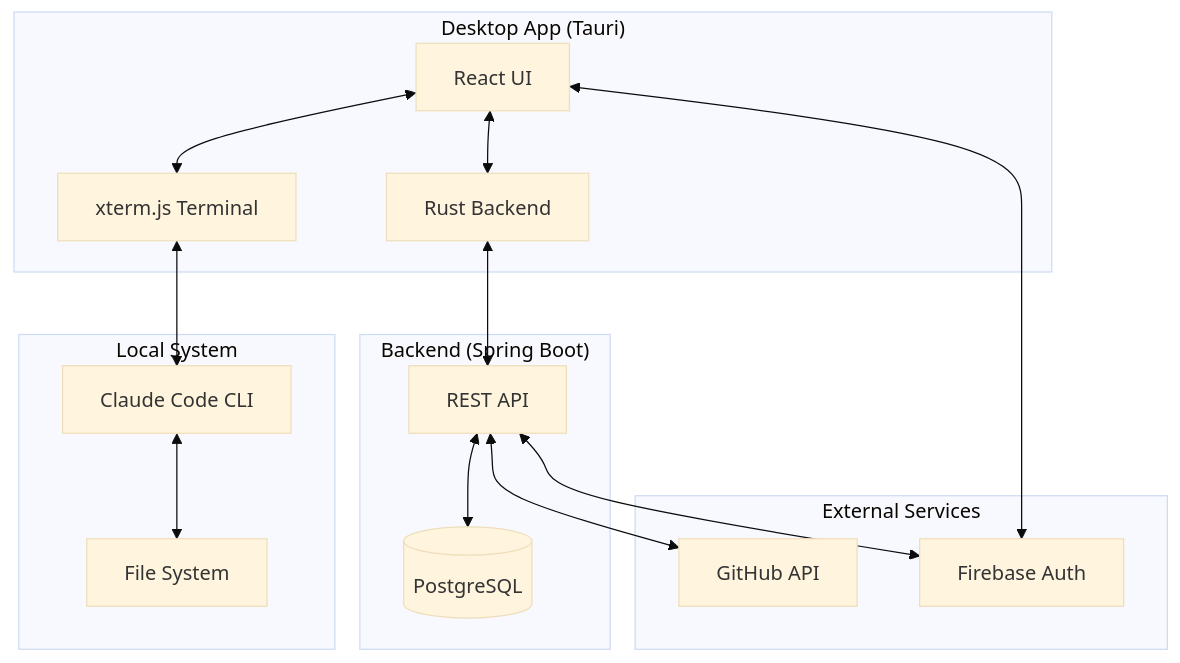
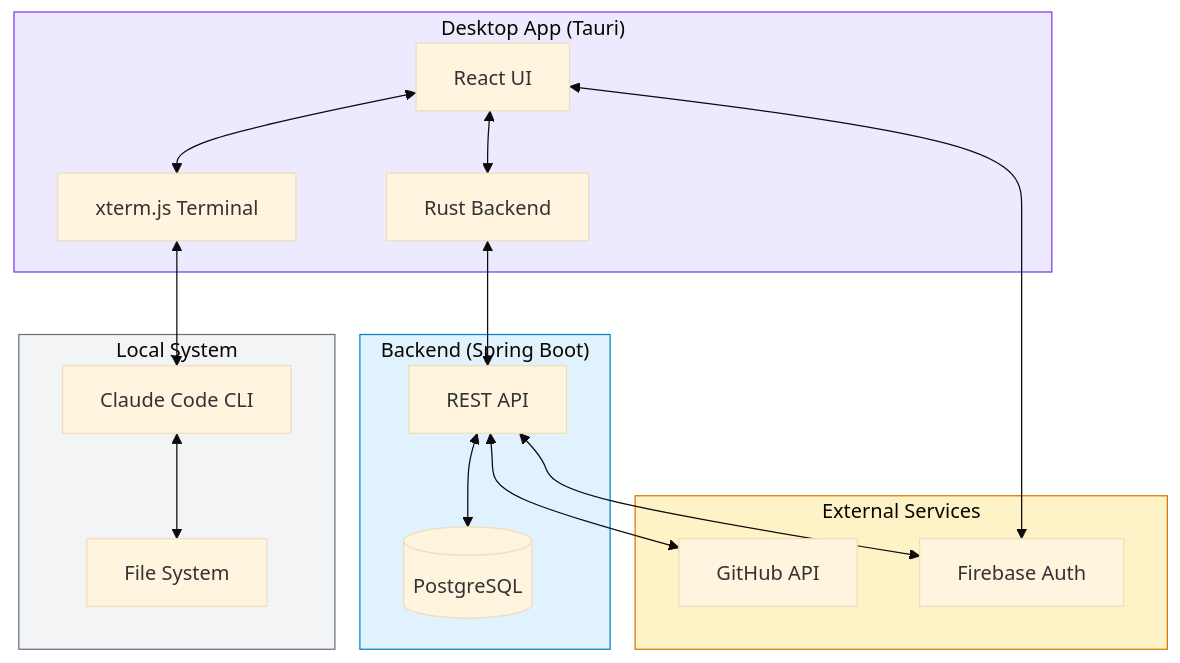
Before and after one commit to cliangdev/specflux: the third of 4 diagrams in docs/ARCHITECTURE.md, drawn with Mermaid (base theme). The commit also changed other lines of this file and 1 other file, not shown here.

First line of the commit message:
docs: add colors to mermaid diagrams

````diff
--- a/docs/ARCHITECTURE.md
+++ b/docs/ARCHITECTURE.md
@@ -84,33 +92,38 @@
 ```mermaid
 flowchart TB
     subgraph Desktop ["Desktop App (Tauri)"]
         React[React UI]
         Rust[Rust Backend]
         Terminal[xterm.js Terminal]
     end
 
     subgraph Backend ["Backend (Spring Boot)"]
         API[REST API]
         DB[(PostgreSQL)]
     end
 
     subgraph External ["External Services"]
         GitHub[GitHub API]
         Firebase[Firebase Auth]
     end
 
     subgraph Local ["Local System"]
         FS[File System]
         Claude[Claude Code CLI]
     end
 
     React <--> Rust
     React <--> Terminal
     Terminal <--> Claude
     Claude <--> FS
     Rust <--> API
     API <--> DB
     API <--> GitHub
     React <--> Firebase
     API <--> Firebase
+
+    style Desktop fill:#ede9fe,stroke:#7c3aed
+    style Backend fill:#e0f2fe,stroke:#0284c7
+    style External fill:#fef3c7,stroke:#d97706
+    style Local fill:#f3f4f6,stroke:#6b7280
 ```
````
